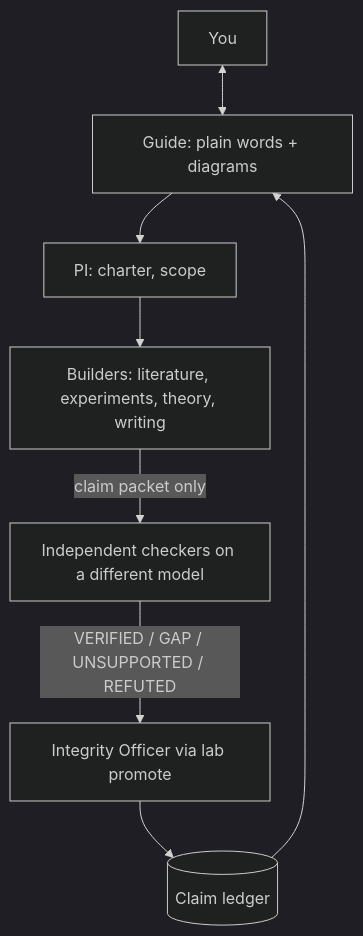
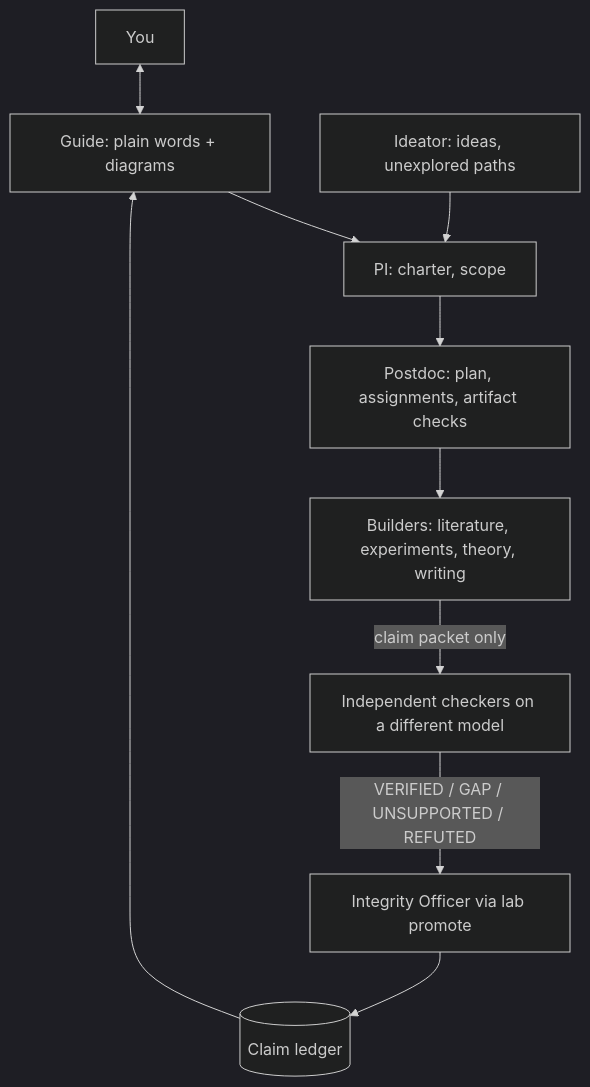
Before and after one commit to Showerss/WeSearch: the diagram in README.md, drawn with Mermaid (dark theme). The commit also changed other lines of this file and 26 other files, not shown here.

Commit message:
Add ideator, postdoc, citation-auditor roles; preregistration; role output templates

````diff
--- a/README.md
+++ b/README.md
@@ -7,10 +7,12 @@
 ```mermaid
 flowchart TD
   U[You] <--> G[Guide: plain words + diagrams]
   G --> PI[PI: charter, scope]
-  PI --> B[Builders: literature, experiments, theory, writing]
+  I[Ideator: ideas, unexplored paths] --> PI
+  PI --> PD[Postdoc: plan, assignments, artifact checks]
+  PD --> B[Builders: literature, experiments, theory, writing]
   B -->|claim packet only| C[Independent checkers on a different model]
   C -->|VERIFIED / GAP / UNSUPPORTED / REFUTED| IO[Integrity Officer via lab promote]
   IO --> L[(Claim ledger)]
   L --> G
 ```
````
